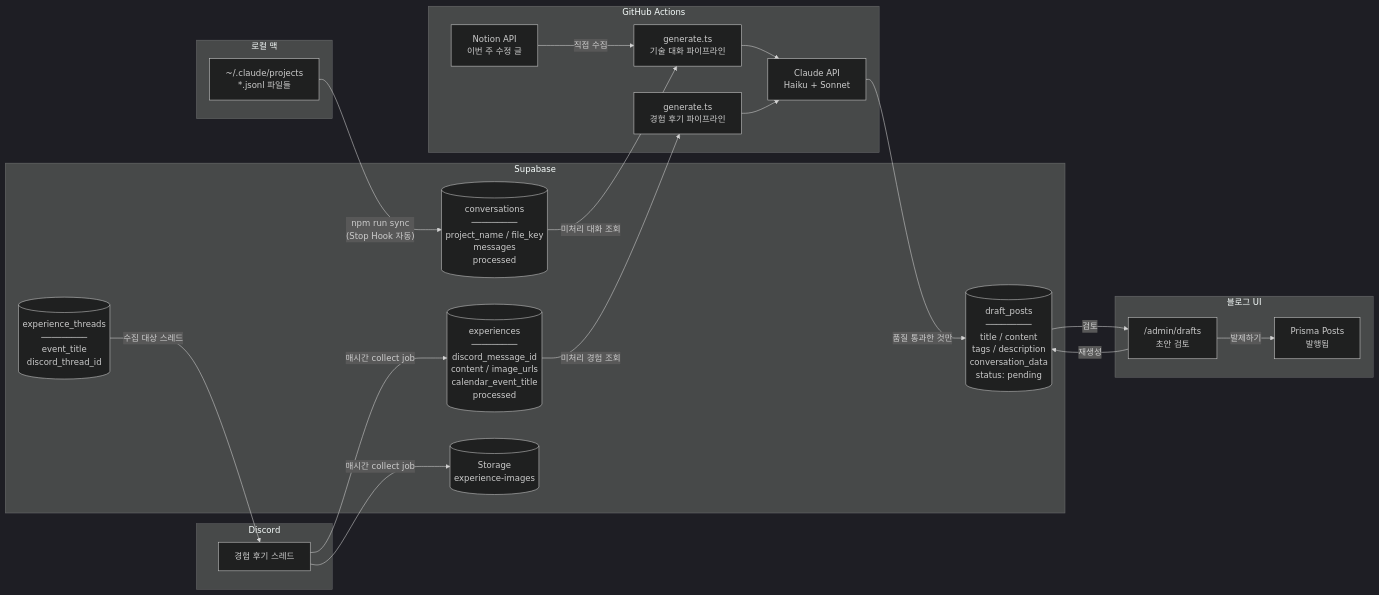
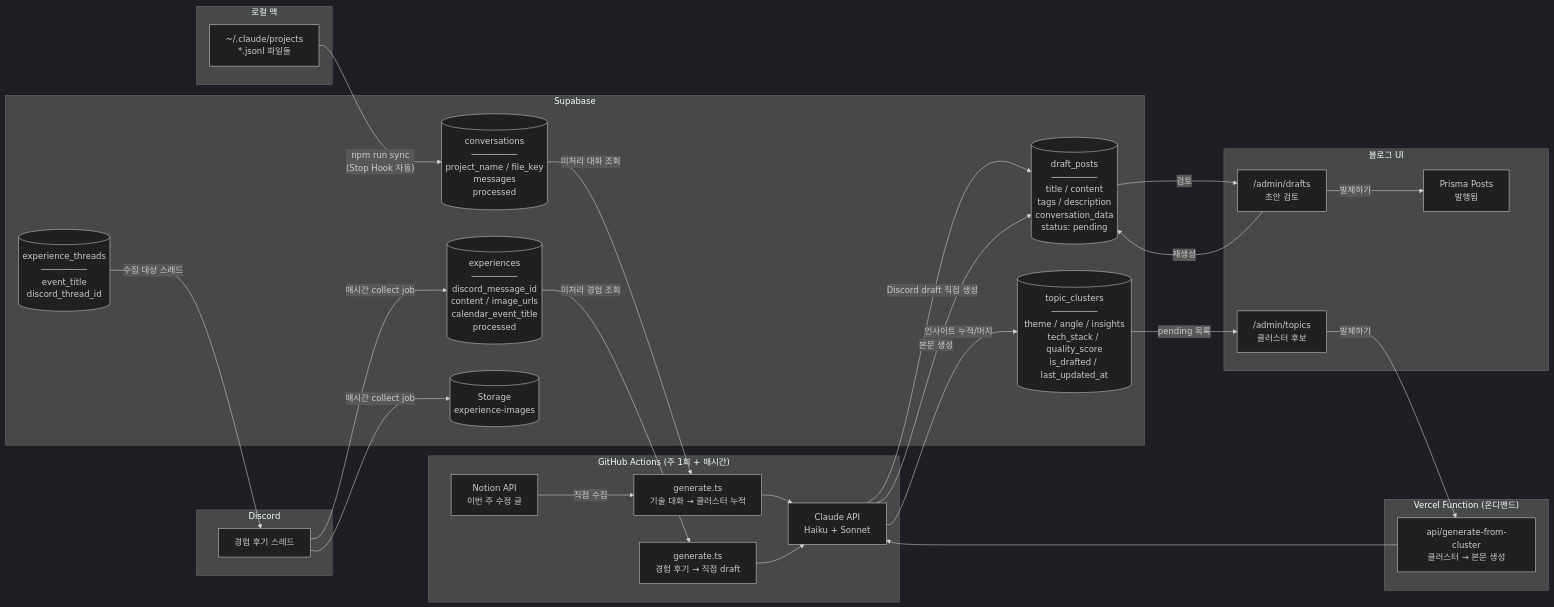
The fifth of 7 diagrams in README.md (hov-i/auto-blog-posting), drawn with Mermaid (dark theme) before and after one commit. The commit also changed other lines of this file and 10 other files, not shown here.

````diff
--- a/README.md
+++ b/README.md
@@ -149,44 +161,55 @@
 ```mermaid
 flowchart LR
     subgraph LOCAL["로컬 맥"]
         A["~/.claude/projects\n*.jsonl 파일들"]
     end
 
     subgraph DISCORD["Discord"]
         DC["경험 후기 스레드"]
     end
 
     subgraph SUPABASE["Supabase"]
         B[("conversations\n─────────\nproject_name / file_key\nmessages\nprocessed")]
         EX[("experiences\n─────────\ndiscord_message_id\ncontent / image_urls\ncalendar_event_title\nprocessed")]
         ET[("experience_threads\n─────────\nevent_title\ndiscord_thread_id")]
+        TC[("topic_clusters\n─────────\ntheme / angle / insights\ntech_stack / quality_score\nis_drafted / last_updated_at")]
         C[("draft_posts\n─────────\ntitle / content\ntags / description\nconversation_data\nstatus: pending")]
         IMG[("Storage\nexperience-images")]
     end
 
-    subgraph CLOUD["GitHub Actions"]
+    subgraph CLOUD["GitHub Actions (주 1회 + 매시간)"]
         N["Notion API\n이번 주 수정 글"]
-        D["generate.ts\n기술 대화 파이프라인"]
-        DE["generate.ts\n경험 후기 파이프라인"]
+        D["generate.ts\n기술 대화 → 클러스터 누적"]
+        DE["generate.ts\n경험 후기 → 직접 draft"]
         E["Claude API\nHaiku + Sonnet"]
     end
 
+    subgraph VERCEL["Vercel Function (온디맨드)"]
+        VAPI["api/generate-from-cluster\n클러스터 → 본문 생성"]
+    end
+
     subgraph BLOG["블로그 UI"]
-        F["/admin/drafts\n초안 검토"]
+        F1["/admin/topics\n클러스터 후보"]
+        F2["/admin/drafts\n초안 검토"]
         G["Prisma Posts\n발행됨"]
     end
 
     A -->|"npm run sync\n(Stop Hook 자동)"| B
     DC -->|"매시간 collect job"| IMG
     DC -->|"매시간 collect job"| EX
     ET -->|"수집 대상 스레드"| DC
     N -->|"직접 수집"| D
     B -->|"미처리 대화 조회"| D
     EX -->|"미처리 경험 조회"| DE
     D --> E
     DE --> E
-    E -->|"품질 통과한 것만"| C
-    C -->|"검토"| F
-    F -->|"발제하기"| G
-    F -->|"재생성"| C
+    E -->|"인사이트 누적/머지"| TC
+    E -->|"Discord draft 직접 생성"| C
+    TC -->|"pending 목록"| F1
+    F1 -->|"발제하기"| VAPI
+    VAPI --> E
+    E -->|"본문 생성"| C
+    C -->|"검토"| F2
+    F2 -->|"발제하기"| G
+    F2 -->|"재생성"| C
 ```
````
